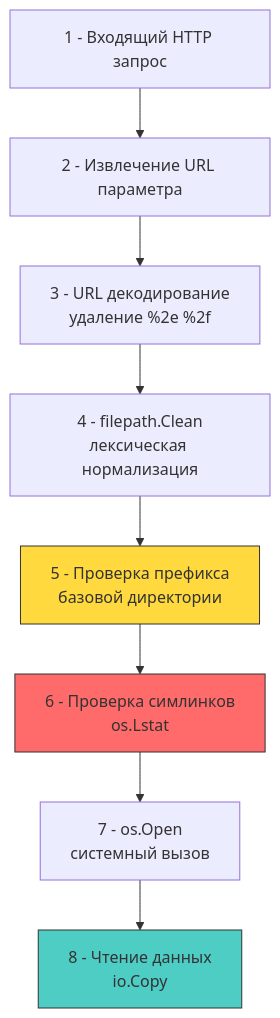
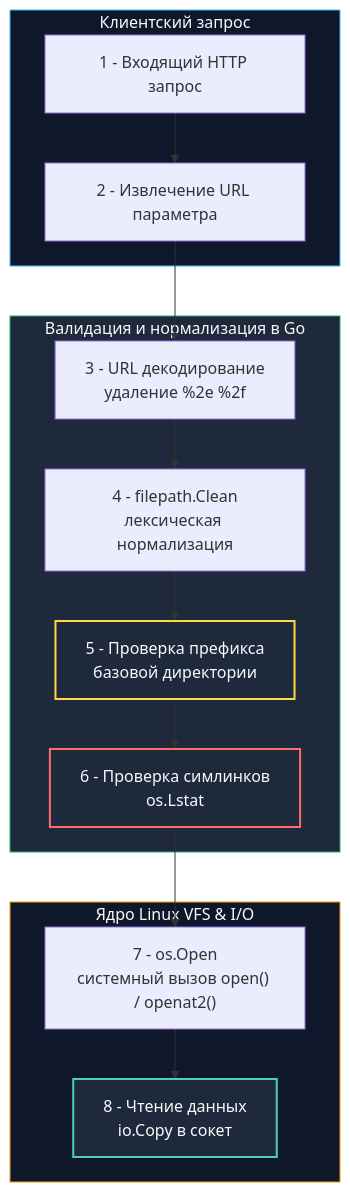
The diagram in sources/17. Безопасность (AppSec в Go)/04. Уязвимости/5. Path traversal.md (UnrealTemplier/go-textbook), drawn with Mermaid before and after one commit. The commit also changed other lines of this file, not shown here.

````diff
--- a/sources/17. Безопасность (AppSec в Go)/04. Уязвимости/5. Path traversal.md
+++ b/sources/17. Безопасность (AppSec в Go)/04. Уязвимости/5. Path traversal.md
@@ -7,14 +11,25 @@
 ```mermaid
 flowchart TD
-    A["1 - Входящий HTTP запрос"] --> B["2 - Извлечение URL параметра"]
-    B --> C["3 - URL декодирование<br>удаление %2e %2f"]
-    C --> D["4 - filepath.Clean<br>лексическая нормализация"]
-    D --> E["5 - Проверка префикса<br>базовой директории"]
-    E --> F["6 - Проверка симлинков<br>os.Lstat"]
-    F --> G["7 - os.Open<br>системный вызов"]
-    G --> H["8 - Чтение данных<br>io.Copy"]
-    
-    style E fill:#ffd93d,stroke:#333
-    style F fill:#ff6b6b,stroke:#333
-    style H fill:#4ecdc4,stroke:#333
+    subgraph Client["Клиентский запрос"]
+        A["1 - Входящий HTTP запрос"] --> B["2 - Извлечение URL параметра"]
+    end
+
+    subgraph Validation["Валидация и нормализация в Go"]
+        B --> C["3 - URL декодирование<br/>удаление %2e %2f"]
+        C --> D["4 - filepath.Clean<br/>лексическая нормализация"]
+        D --> E["5 - Проверка префикса<br/>базовой директории"]
+        E --> F["6 - Проверка симлинков<br/>os.Lstat"]
+    end
+
+    subgraph OS["Ядро Linux VFS & I/O"]
+        F --> G["7 - os.Open<br/>системный вызов open() / openat2()"]
+        G --> H["8 - Чтение данных<br/>io.Copy в сокет"]
+    end
+
+    style Client fill:#0f172a,stroke:#38bdf8,stroke-width:1px,color:#f8fafc
+    style Validation fill:#1e293b,stroke:#10b981,stroke-width:1px,color:#f8fafc
+    style OS fill:#0f172a,stroke:#f59e0b,stroke-width:1px,color:#f8fafc
+    style E fill:#1e293b,stroke:#ffd93d,stroke-width:2px,color:#f8fafc
+    style F fill:#1e293b,stroke:#ff6b6b,stroke-width:2px,color:#f8fafc
+    style H fill:#1e293b,stroke:#4ecdc4,stroke-width:2px,color:#f8fafc
 ```
````
